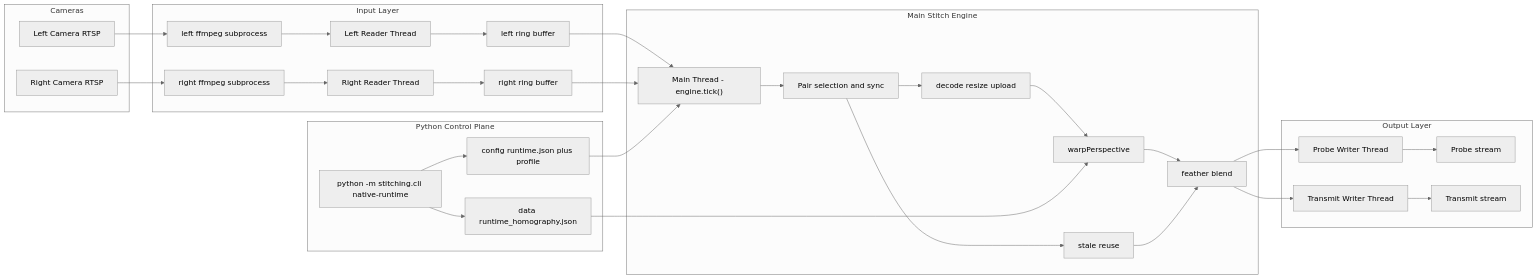
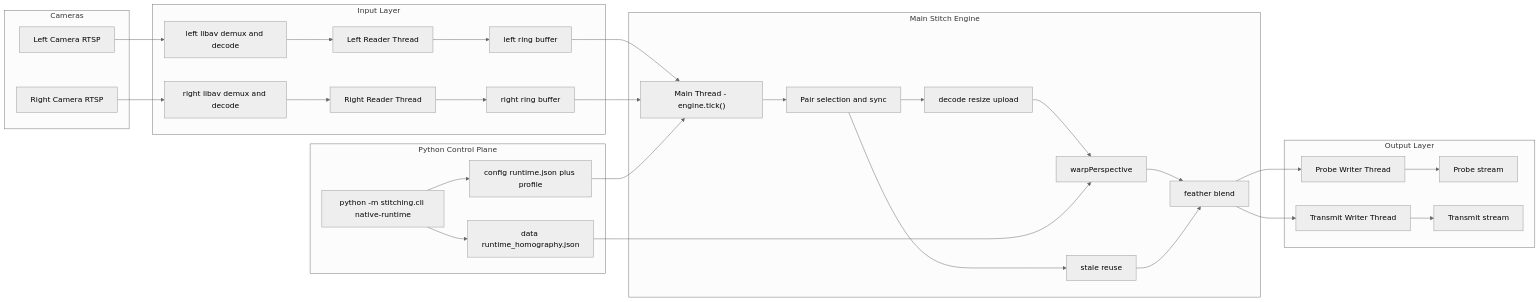
The second of 5 diagrams in reports/08_runtime_architecture_diagrams.md (prk7048/Hogak_Stitching), drawn with Mermaid (neutral theme) before and after one commit. The commit also changed other lines of this file and 10 other files, not shown here.

````diff
--- a/reports/08_runtime_architecture_diagrams.md
+++ b/reports/08_runtime_architecture_diagrams.md
@@ -65,56 +65,56 @@
 ```mermaid
 flowchart LR
     subgraph Cameras
         LCam["Left Camera RTSP"]
         RCam["Right Camera RTSP"]
     end
 
     subgraph Input[Input Layer]
-        LFfmpeg["left ffmpeg subprocess"]
-        RFfmpeg["right ffmpeg subprocess"]
+        LDemux["left libav demux and decode"]
+        RDemux["right libav demux and decode"]
         LReader["Left Reader Thread"]
         RReader["Right Reader Thread"]
         LBuf["left ring buffer"]
         RBuf["right ring buffer"]
     end
 
     subgraph Main[Main Stitch Engine]
         Tick["Main Thread - engine.tick()"]
         Pair["Pair selection and sync"]
         Decode["decode resize upload"]
         Warp["warpPerspective"]
         Blend["feather blend"]
         Reuse["stale reuse"]
     end
 
     subgraph Output[Output Layer]
         ProbeWriter["Probe Writer Thread"]
         TxWriter["Transmit Writer Thread"]
         ProbeOut["Probe stream"]
         TxOut["Transmit stream"]
     end
 
     subgraph Control[Python Control Plane]
         CLI["python -m stitching.cli native-runtime"]
         Config["config runtime.json plus profile"]
         Homo["data runtime_homography.json"]
     end
 
-    LCam --> LFfmpeg --> LReader --> LBuf
-    RCam --> RFfmpeg --> RReader --> RBuf
+    LCam --> LDemux --> LReader --> LBuf
+    RCam --> RDemux --> RReader --> RBuf
 
     LBuf --> Tick
     RBuf --> Tick
 
     Tick --> Pair --> Decode --> Warp --> Blend
     Pair --> Reuse
     Reuse --> Blend
 
     Blend --> ProbeWriter --> ProbeOut
     Blend --> TxWriter --> TxOut
 
     CLI --> Config
     CLI --> Homo
     Config --> Tick
     Homo --> Warp
 ```
````
